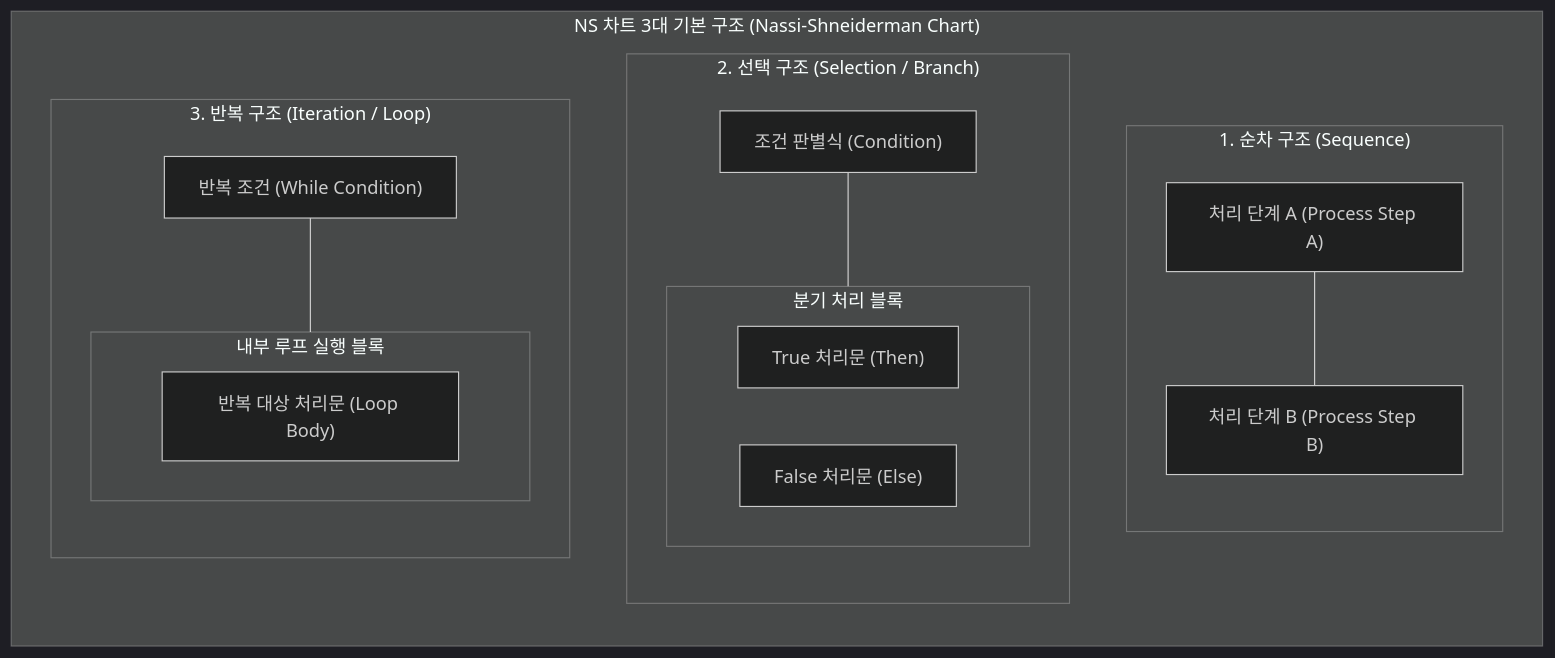
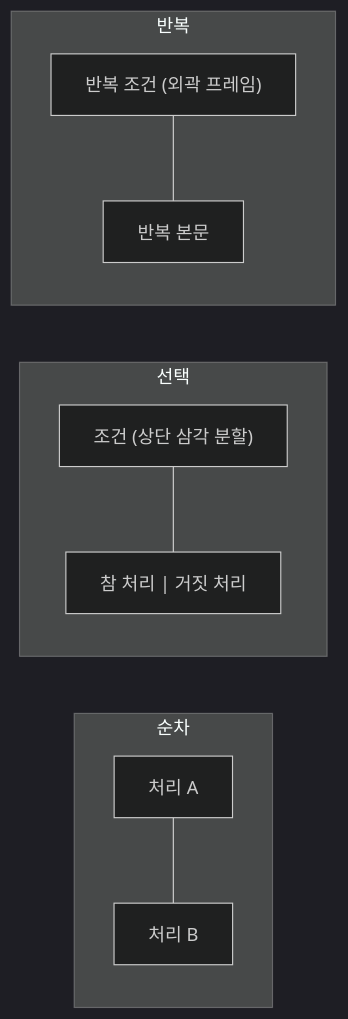
One commit to supremethumb/supremethumb.github.io changed the diagram in content/01_IT Tech/나씨-슈나이더만.md. Above: the diagram before and after it, drawn with Mermaid (dark theme). The commit also changed other lines of this file and 1087 other files, not shown here.

````diff
--- a/content/01_IT Tech/나씨-슈나이더만.md
+++ b/content/01_IT Tech/나씨-슈나이더만.md
@@ -28,34 +36,15 @@
 ```mermaid
-flowchart TB
-    subgraph NS_Chart["NS 차트 3대 기본 구조 (Nassi-Shneiderman Chart)"]
+flowchart LR
+    subgraph SEQ ["순차"]
         direction TB
-
-        subgraph SEQ["1. 순차 구조 (Sequence)"]
-            direction TB
-            S1["처리 단계 A (Process Step A)"]
-            S2["처리 단계 B (Process Step B)"]
-            S1 --- S2
-        end
-
-        subgraph SEL["2. 선택 구조 (Selection / Branch)"]
-            direction TB
-            COND["조건 판별식 (Condition)"]
-            subgraph BR["분기 처리 블록"]
-                T_PROC["True 처리문 (Then)"]
-                F_PROC["False 처리문 (Else)"]
-            end
-            COND --- BR
-        end
-
-        subgraph ITER["3. 반복 구조 (Iteration / Loop)"]
-            direction TB
-            LOOP_COND["반복 조건 (While Condition)"]
-            subgraph LOOP_BODY["내부 루프 실행 블록"]
-                L_PROC["반복 대상 처리문 (Loop Body)"]
-            end
-            LOOP_COND --- LOOP_BODY
-        end
-
+        S1["처리 A"] --- S2["처리 B"]
     end
-
+    subgraph SEL ["선택"]
+        direction TB
+        C["조건 (상단 삼각 분할)"] --- T["참 처리 | 거짓 처리"]
+    end
+    subgraph ITR ["반복"]
+        direction TB
+        L["반복 조건 (외곽 프레임)"] --- B["반복 본문"]
+    end
 ```
````
